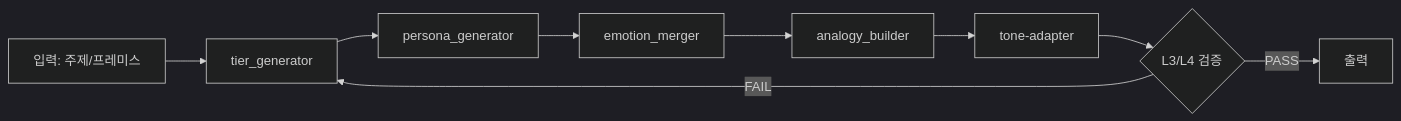
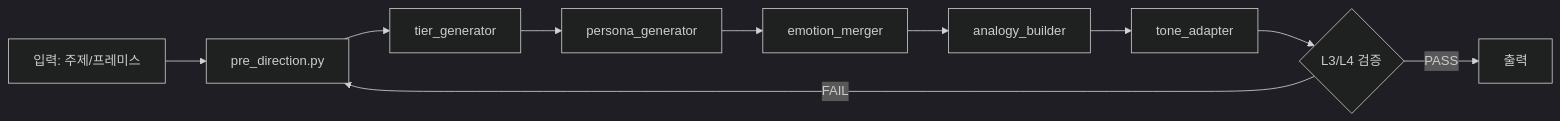
One commit to pheanor-agent/p-hermes changed the third of 3 diagrams in docs/wiki/guides/content-system.md. Above: the diagram before and after it, drawn with Mermaid (dark theme). The commit also changed other lines of this file and 11 other files, not shown here.

````diff
--- a/docs/wiki/guides/content-system.md
+++ b/docs/wiki/guides/content-system.md
@@ -223,11 +240,12 @@
 ```mermaid
 flowchart LR
-    A[입력: 주제/프레미스] --> B[tier_generator]
+    A[입력: 주제/프레미스] --> PD[pre_direction.py]
+    PD --> B[tier_generator]
     B --> C[persona_generator]
     C --> D[emotion_merger]
     D --> E[analogy_builder]
-    E --> F[tone-adapter]
+    E --> F[tone_adapter]
     F --> G{L3/L4 검증}
     G -->|PASS| H[출력]
-    G -->|FAIL| B
+    G -->|FAIL| PD
 ```
````
